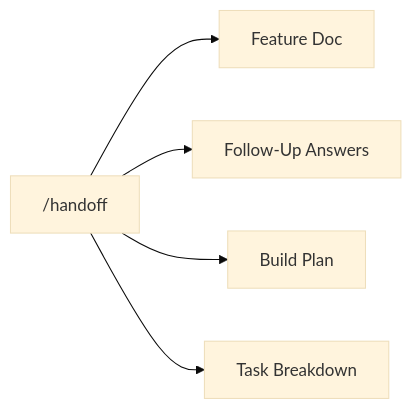
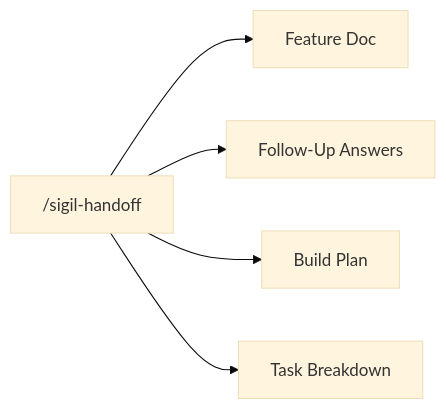
One commit to araserel/sigil-os changed the second of 3 diagrams in sigil-plugin/docs/user-guide.md. Above: the diagram before and after it, drawn with Mermaid (base theme). The commit also changed other lines of this file and 21 other files, not shown here.

First line of the commit message:
release: v2.1.2 — hook fixes, /sigil-handoff, installation modernization, docs hardening

````diff
--- a/sigil-plugin/docs/user-guide.md
+++ b/sigil-plugin/docs/user-guide.md
@@ -390,7 +390,7 @@
 ```mermaid
 flowchart LR
-    A["/handoff"] --> B["Feature Doc"]
+    A["/sigil-handoff"] --> B["Feature Doc"]
     A --> C["Follow-Up Answers"]
     A --> D["Build Plan"]
     A --> E["Task Breakdown"]
 ```
````
